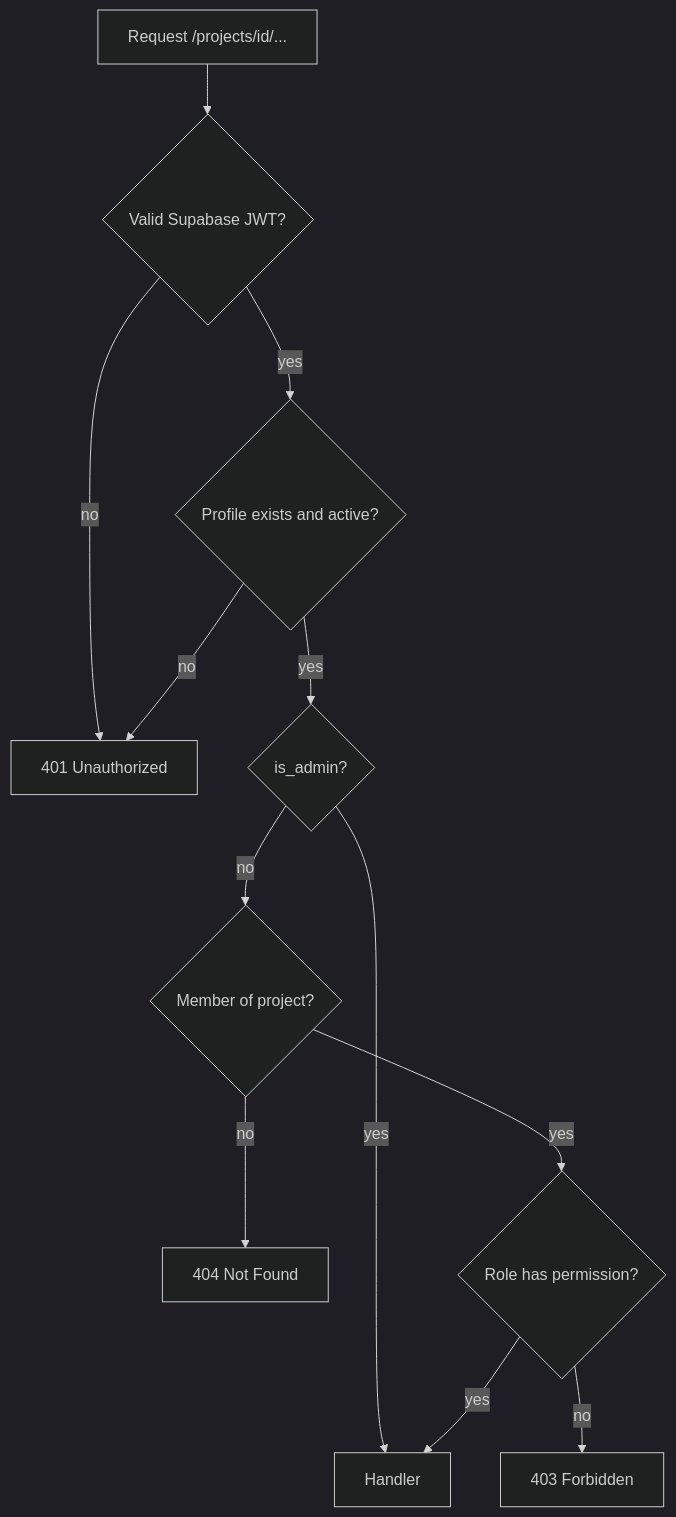
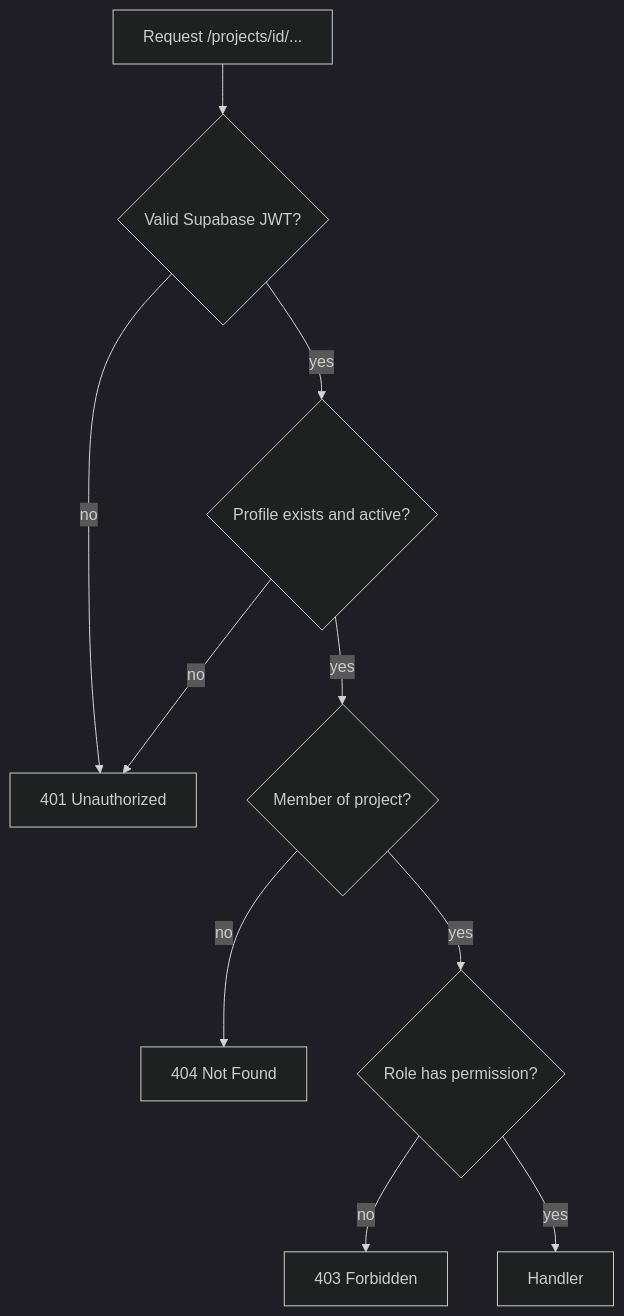
The second of 2 diagrams in docs/auth-and-roles.md (AlexZ1007/mops-reviewradar), drawn with Mermaid (dark theme) before and after one commit. The commit also changed other lines of this file and 17 other files, not shown here.

First line of the commit message:
Remove platform admin role; promote oldest member when last owner leaves

````diff
--- a/docs/auth-and-roles.md
+++ b/docs/auth-and-roles.md
@@ -128,14 +124,12 @@
 ```mermaid
 flowchart TD
     R[Request /projects/id/...] --> T{Valid Supabase JWT?}
     T -- no --> E401[401 Unauthorized]
     T -- yes --> U{Profile exists and active?}
     U -- no --> E401
-    U -- yes --> AD{is_admin?}
-    AD -- yes --> OK[Handler]
-    AD -- no --> M{Member of project?}
+    U -- yes --> M{Member of project?}
     M -- no --> E404[404 Not Found]
     M -- yes --> P{Role has permission?}
     P -- no --> E403[403 Forbidden]
-    P -- yes --> OK
+    P -- yes --> OK[Handler]
 ```
````
